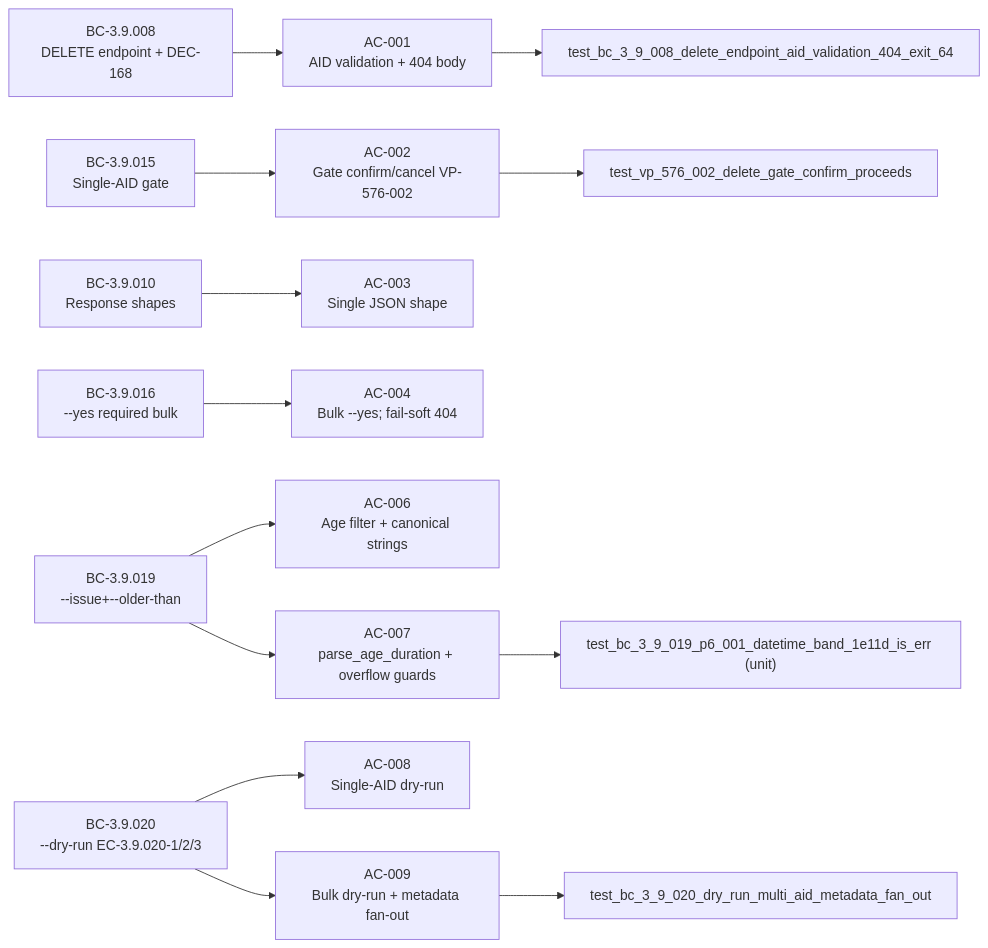
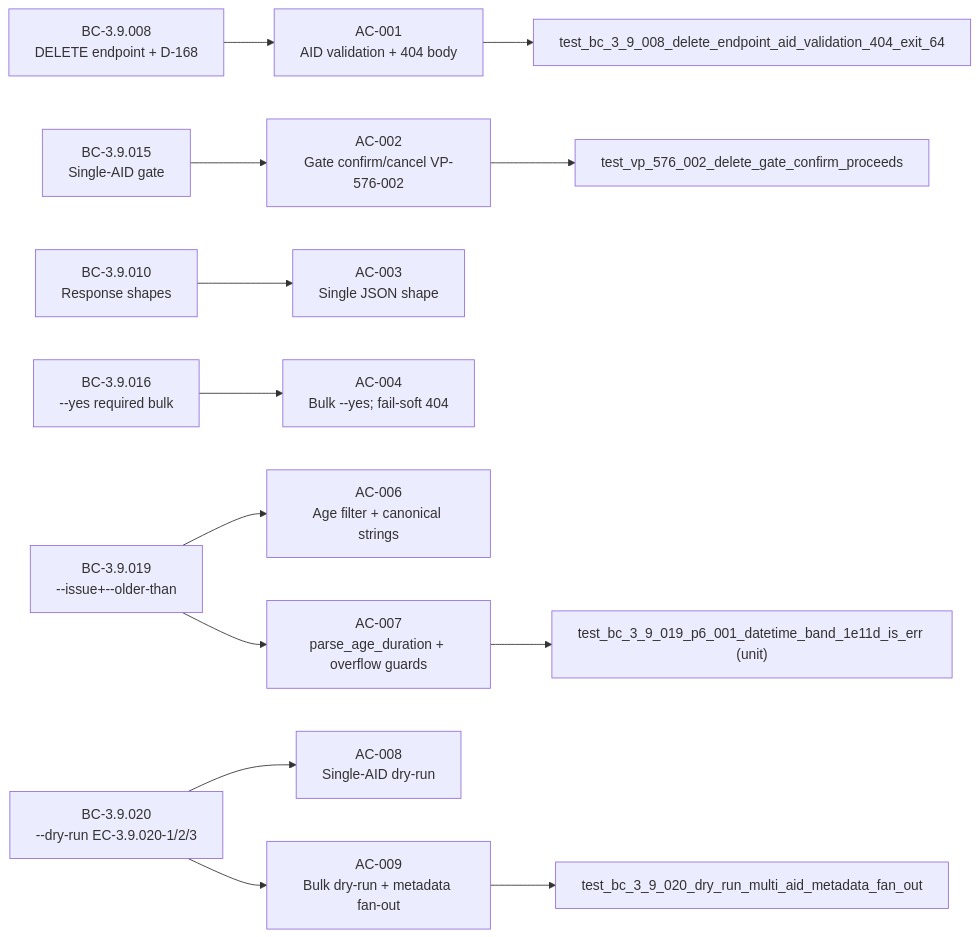
The third of 5 diagrams in code-delivery/S-576-4/pr-description.md (ArcavenAE/jira-cli), drawn with Mermaid before and after one commit. The commit also changed other lines of this file and 531 other files, not shown here.

````diff
--- a/code-delivery/S-576-4/pr-description.md
+++ b/code-delivery/S-576-4/pr-description.md
@@ -74,15 +74,15 @@
 ```mermaid
 flowchart LR
-    BC008["BC-3.9.008<br/>DELETE endpoint + DEC-168"] --> AC001["AC-001<br/>AID validation + 404 body"]
+    BC008["BC-3.9.008<br/>DELETE endpoint + D-168"] --> AC001["AC-001<br/>AID validation + 404 body"]
     BC015["BC-3.9.015<br/>Single-AID gate"] --> AC002["AC-002<br/>Gate confirm/cancel VP-576-002"]
     BC010["BC-3.9.010<br/>Response shapes"] --> AC003["AC-003<br/>Single JSON shape"]
     BC016["BC-3.9.016<br/>--yes required bulk"] --> AC004["AC-004<br/>Bulk --yes; fail-soft 404"]
     BC019["BC-3.9.019<br/>--issue+--older-than"] --> AC006["AC-006<br/>Age filter + canonical strings"]
     BC019 --> AC007["AC-007<br/>parse_age_duration + overflow guards"]
     BC020["BC-3.9.020<br/>--dry-run EC-3.9.020-1/2/3"] --> AC008["AC-008<br/>Single-AID dry-run"]
     BC020 --> AC009["AC-009<br/>Bulk dry-run + metadata fan-out"]
     AC001 --> T1["test_bc_3_9_008_delete_endpoint_aid_validation_404_exit_64"]
     AC002 --> T2["test_vp_576_002_delete_gate_confirm_proceeds"]
     AC007 --> T3["test_bc_3_9_019_p6_001_datetime_band_1e11d_is_err (unit)"]
     AC009 --> T4["test_bc_3_9_020_dry_run_multi_aid_metadata_fan_out"]
 ```
````
